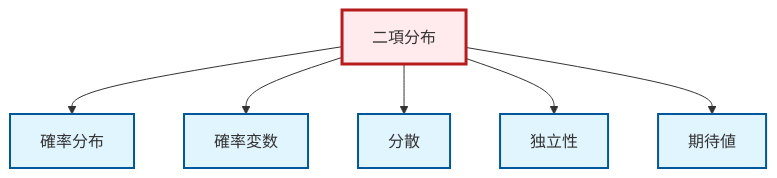
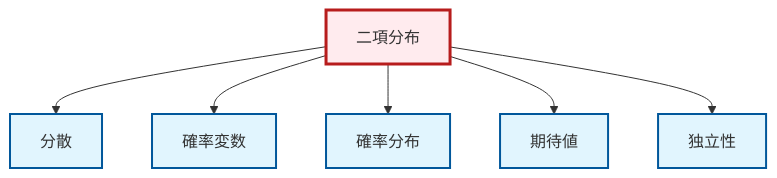
One commit to RK0429/ModernMath changed the diagram in output/mermaid/ja/def-binomial-distribution.mermaid. Above: the diagram before and after it, drawn with Mermaid. The commit also changed other lines of this file and 1714 other files, not shown here.

```diff
--- a/output/mermaid/ja/def-binomial-distribution.mermaid
+++ b/output/mermaid/ja/def-binomial-distribution.mermaid
@@ -1,18 +1,18 @@
 graph TD
     classDef definition fill:#e1f5fe,stroke:#01579b,stroke-width:2px
     classDef theorem fill:#f3e5f5,stroke:#4a148c,stroke-width:2px
     classDef axiom fill:#fff3e0,stroke:#e65100,stroke-width:2px
     classDef example fill:#e8f5e9,stroke:#1b5e20,stroke-width:2px
     classDef current fill:#ffebee,stroke:#b71c1c,stroke-width:3px
+    def-variance["分散"]:::definition
     def-binomial-distribution["二項分布"]:::definition
-    def-variance["分散"]:::definition
-    def-expectation["期待値"]:::definition
     def-independence["独立性"]:::definition
     def-random-variable["確率変数"]:::definition
+    def-expectation["期待値"]:::definition
     def-probability-distribution["確率分布"]:::definition
+    def-binomial-distribution --> def-variance
+    def-binomial-distribution --> def-random-variable
     def-binomial-distribution --> def-probability-distribution
-    def-binomial-distribution --> def-random-variable
-    def-binomial-distribution --> def-variance
+    def-binomial-distribution --> def-expectation
     def-binomial-distribution --> def-independence
-    def-binomial-distribution --> def-expectation
     class def-binomial-distribution current
```
